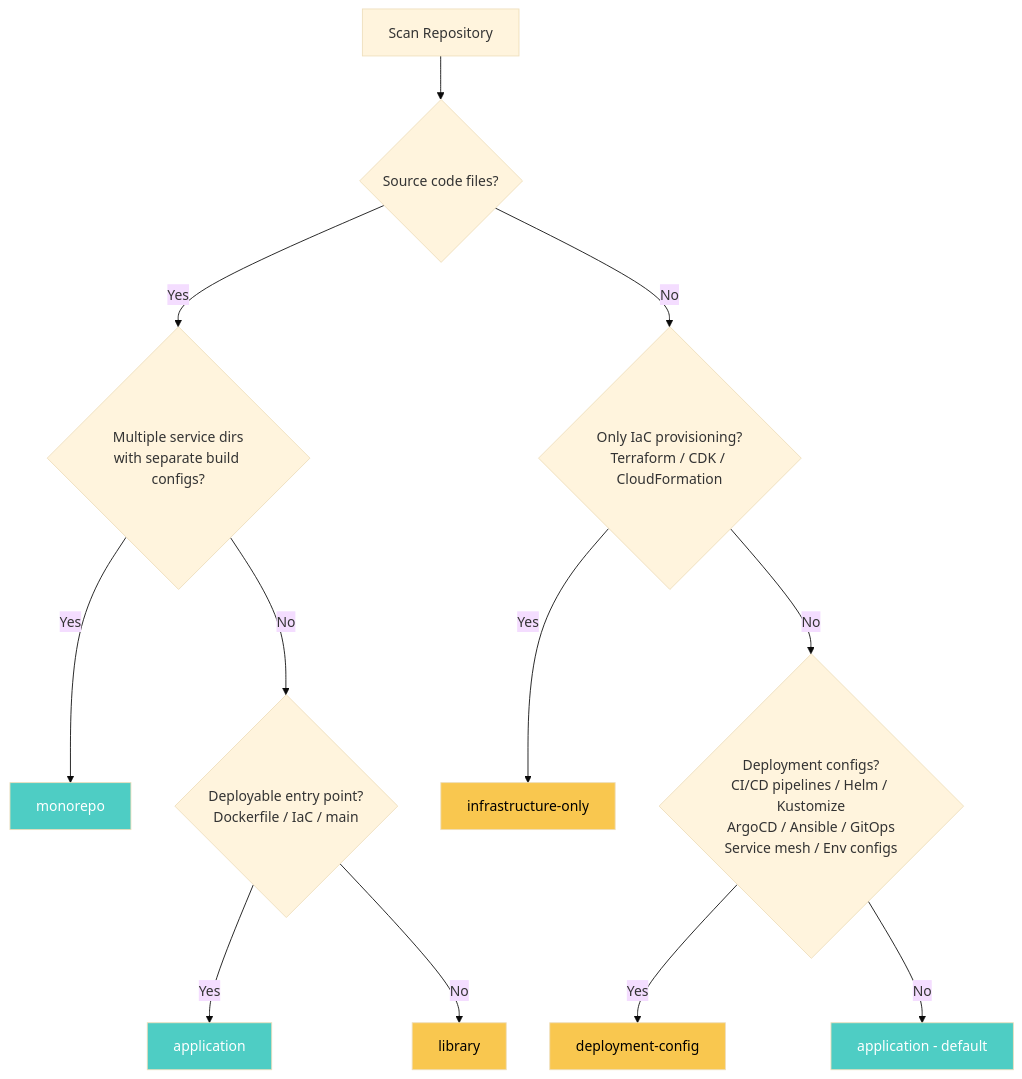
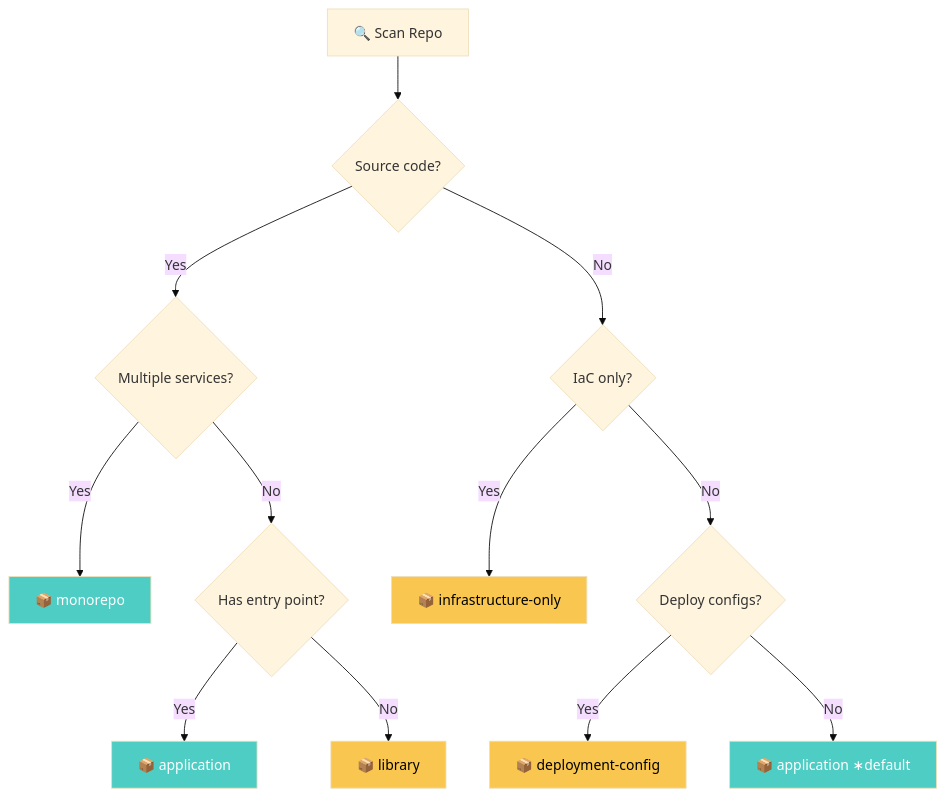
Before and after one commit to aws-samples/sample-agentic-readiness-analysis-orchestrator: the third of 6 diagrams in documents-study/architecture-flow.md, drawn with Mermaid (base theme). The commit also changed other lines of this file and 1 other file, not shown here.

Commit message:
adjusted architecture flow

````diff
--- a/documents-study/architecture-flow.md
+++ b/documents-study/architecture-flow.md
@@ -73,26 +53,26 @@
 ```mermaid
 flowchart TB
-    REPO[Scan Repository] --> HAS_CODE{Source code files?}
+    SCAN[🔍 Scan Repo] --> CODE{Source code?}
     
-    HAS_CODE -->|Yes| MULTI{Multiple service dirs<br/>with separate build configs?}
-    HAS_CODE -->|No| HAS_IAC{Only IaC provisioning?<br/>Terraform / CDK / CloudFormation}
+    CODE -->|Yes| MULTI{Multiple services?}
+    CODE -->|No| IAC{IaC only?}
     
-    MULTI -->|Yes| MONOREPO[monorepo]
-    MULTI -->|No| HAS_ENTRY{Deployable entry point?<br/>Dockerfile / IaC / main}
+    MULTI -->|Yes| T1[📦 monorepo]
+    MULTI -->|No| ENTRY{Has entry point?}
     
-    HAS_ENTRY -->|Yes| APP[application]
-    HAS_ENTRY -->|No| LIB[library]
+    ENTRY -->|Yes| T2[📦 application]
+    ENTRY -->|No| T3[📦 library]
     
-    HAS_IAC -->|Yes| INFRA[infrastructure-only]
-    HAS_IAC -->|No| HAS_DEPLOY{Deployment configs?<br/>CI/CD pipelines / Helm / Kustomize<br/>ArgoCD / Ansible / GitOps<br/>Service mesh / Env configs}
+    IAC -->|Yes| T4[📦 infrastructure-only]
+    IAC -->|No| DEPLOY{Deploy configs?}
     
-    HAS_DEPLOY -->|Yes| DEPLOY[deployment-config]
-    HAS_DEPLOY -->|No| APP_DEFAULT[application - default]
+    DEPLOY -->|Yes| T5[📦 deployment-config]
+    DEPLOY -->|No| T6[📦 application ∗default]
 
-    style MONOREPO fill:#4ecdc4,color:#fff
-    style APP fill:#4ecdc4,color:#fff
-    style LIB fill:#f9c74f,color:#000
-    style INFRA fill:#f9c74f,color:#000
-    style DEPLOY fill:#f9c74f,color:#000
-    style APP_DEFAULT fill:#4ecdc4,color:#fff
+    style T1 fill:#4ecdc4,color:#fff
+    style T2 fill:#4ecdc4,color:#fff
+    style T3 fill:#f9c74f,color:#000
+    style T4 fill:#f9c74f,color:#000
+    style T5 fill:#f9c74f,color:#000
+    style T6 fill:#4ecdc4,color:#fff
 ```
````
